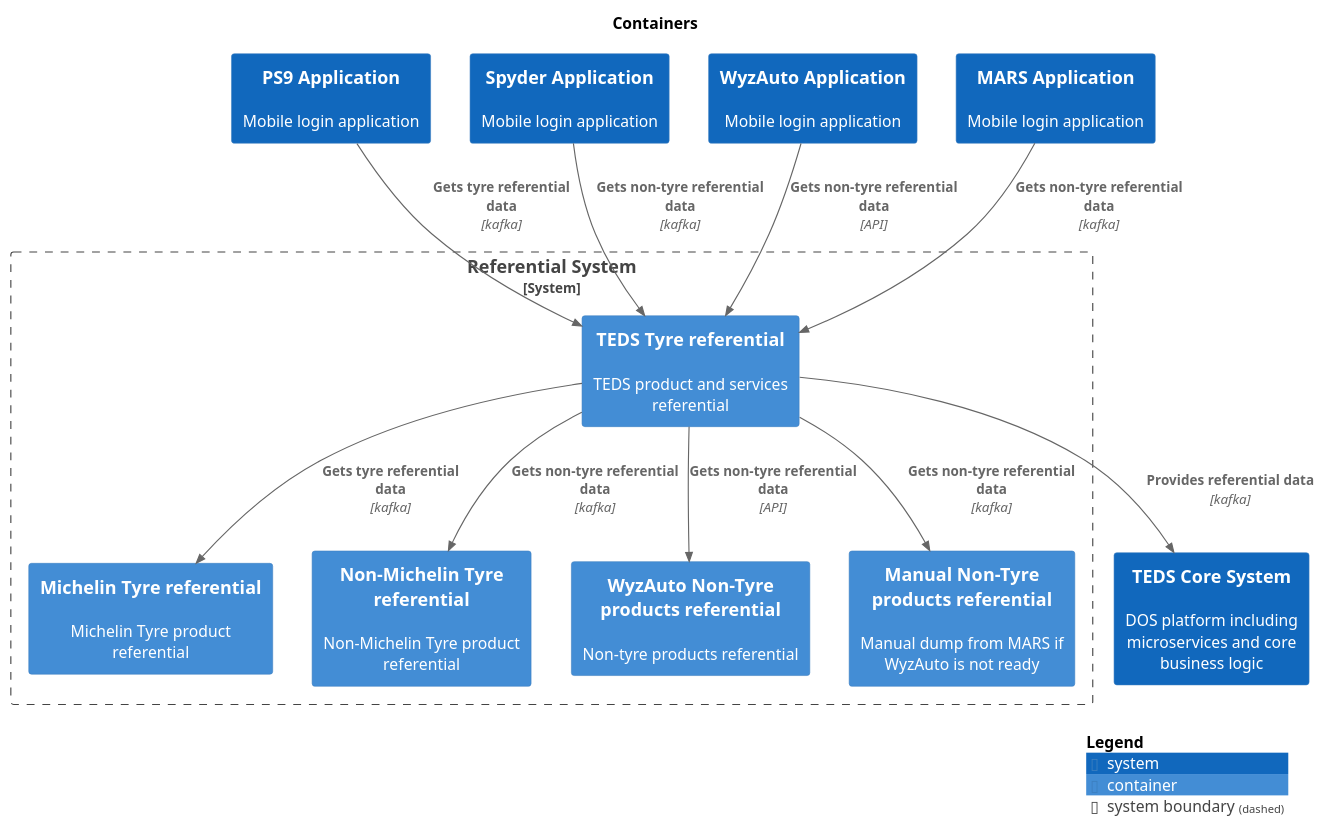
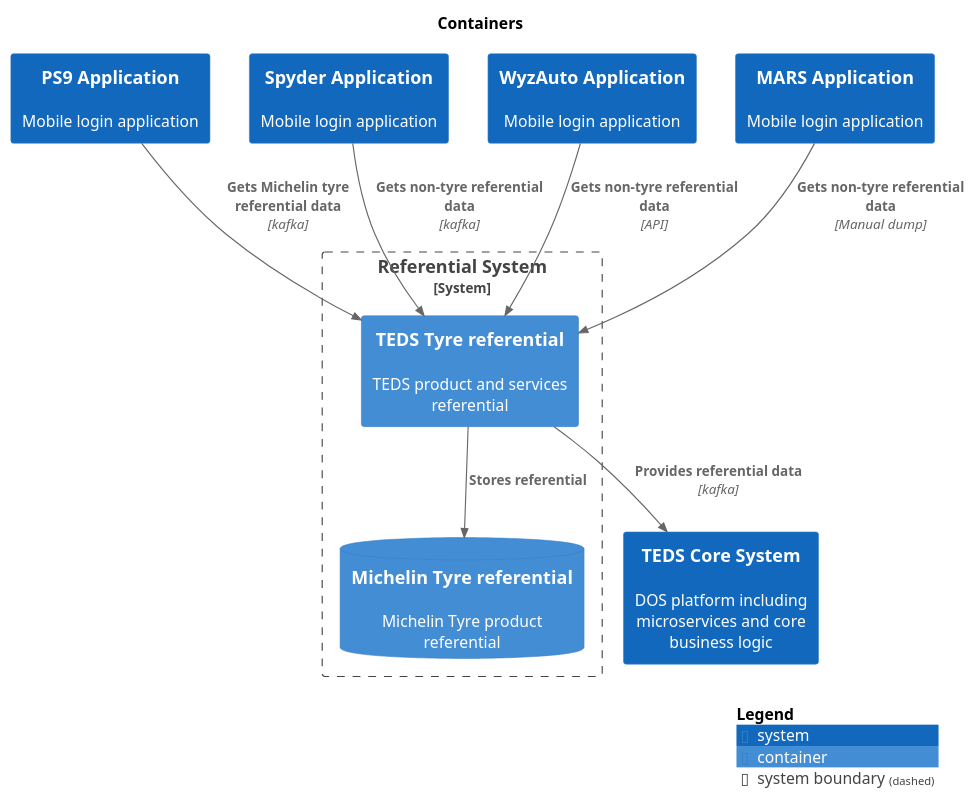
The diagram in main/puml/Level2_referential_Containers.puml (kzsahay/teds), drawn with PlantUML before and after one commit. The commit also changed 264 other files, not shown here.

```diff
--- a/main/puml/Level2_referential_Containers.puml
+++ b/main/puml/Level2_referential_Containers.puml
@@ -1,36 +1,30 @@
 @startuml
 set separator none
 title Containers
 
 top to bottom direction
 
 !include <C4/C4>
 !include <C4/C4_Context>
 !include <C4/C4_Container>
 
 System(TEDSCoreSystem, "TEDS Core System", $descr="DOS platform including microservices and core business logic", $tags="", $link="")
 System(PS9Application, "PS9 Application", $descr="Mobile login application", $tags="", $link="")
 System(SpyderApplication, "Spyder Application", $descr="Mobile login application", $tags="", $link="")
 System(WyzAutoApplication, "WyzAuto Application", $descr="Mobile login application", $tags="", $link="")
 System(MARSApplication, "MARS Application", $descr="Mobile login application", $tags="", $link="")
 
 System_Boundary("ReferentialSystem_boundary", "Referential System", $tags="") {
   Container(ReferentialSystem.TEDSTyrereferential, "TEDS Tyre referential", $techn="", $descr="TEDS product and services referential", $tags="", $link="")
-  Container(ReferentialSystem.MichelinTyrereferential, "Michelin Tyre referential", $techn="", $descr="Michelin Tyre product referential", $tags="", $link="")
-  Container(ReferentialSystem.NonMichelinTyrereferential, "Non-Michelin Tyre referential", $techn="", $descr="Non-Michelin Tyre product referential", $tags="", $link="")
-  Container(ReferentialSystem.WyzAutoNonTyreproductsreferential, "WyzAuto Non-Tyre products referential", $techn="", $descr="Non-tyre products referential", $tags="", $link="")
-  Container(ReferentialSystem.ManualNonTyreproductsreferential, "Manual Non-Tyre products referential", $techn="", $descr="Manual dump from MARS if WyzAuto is not ready", $tags="", $link="")
+  ContainerDb(ReferentialSystem.MichelinTyrereferential, "Michelin Tyre referential", $techn="", $descr="Michelin Tyre product referential", $tags="", $link="")
 }
 
-Rel(MARSApplication, ReferentialSystem.TEDSTyrereferential, "Gets non-tyre referential data", $techn="kafka", $tags="", $link="")
-Rel(ReferentialSystem.TEDSTyrereferential, ReferentialSystem.ManualNonTyreproductsreferential, "Gets non-tyre referential data", $techn="kafka", $tags="", $link="")
+Rel(SpyderApplication, ReferentialSystem.TEDSTyrereferential, "Gets non-tyre referential data", $techn="kafka", $tags="", $link="")
+Rel(WyzAutoApplication, ReferentialSystem.TEDSTyrereferential, "Gets non-tyre referential data", $techn="API", $tags="", $link="")
+Rel(MARSApplication, ReferentialSystem.TEDSTyrereferential, "Gets non-tyre referential data", $techn="Manual dump", $tags="", $link="")
+Rel(ReferentialSystem.TEDSTyrereferential, ReferentialSystem.MichelinTyrereferential, "Stores referential", $techn="", $tags="", $link="")
 Rel(ReferentialSystem.TEDSTyrereferential, TEDSCoreSystem, "Provides referential data", $techn="kafka", $tags="", $link="")
-Rel(PS9Application, ReferentialSystem.TEDSTyrereferential, "Gets tyre referential data", $techn="kafka", $tags="", $link="")
-Rel(ReferentialSystem.TEDSTyrereferential, ReferentialSystem.MichelinTyrereferential, "Gets tyre referential data", $techn="kafka", $tags="", $link="")
-Rel(SpyderApplication, ReferentialSystem.TEDSTyrereferential, "Gets non-tyre referential data", $techn="kafka", $tags="", $link="")
-Rel(ReferentialSystem.TEDSTyrereferential, ReferentialSystem.NonMichelinTyrereferential, "Gets non-tyre referential data", $techn="kafka", $tags="", $link="")
-Rel(WyzAutoApplication, ReferentialSystem.TEDSTyrereferential, "Gets non-tyre referential data", $techn="API", $tags="", $link="")
-Rel(ReferentialSystem.TEDSTyrereferential, ReferentialSystem.WyzAutoNonTyreproductsreferential, "Gets non-tyre referential data", $techn="API", $tags="", $link="")
+Rel(PS9Application, ReferentialSystem.TEDSTyrereferential, "Gets Michelin tyre referential data", $techn="kafka", $tags="", $link="")
 
 SHOW_LEGEND(true)
 @enduml
```
